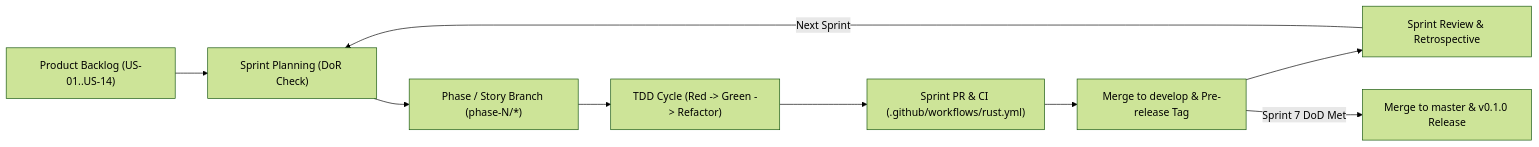
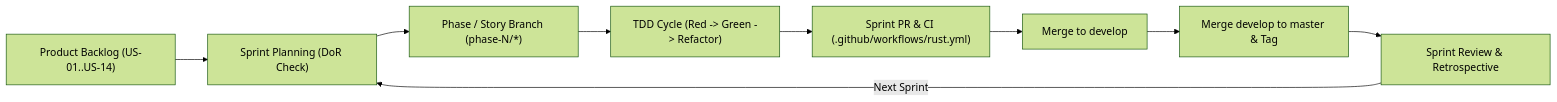
Before and after one commit to Mr-Kumar-Abhishek/speedcoding: the diagram in docs/AGILE-SPRINTS.md, drawn with Mermaid (forest theme). The commit also changed other lines of this file and 3 other files, not shown here.

````diff
--- a/docs/AGILE-SPRINTS.md
+++ b/docs/AGILE-SPRINTS.md
@@ -9,11 +9,11 @@
 ```mermaid
 flowchart LR
     BKL["Product Backlog (US-01..US-14)"] --> PLN["Sprint Planning (DoR Check)"]
     PLN --> BR["Phase / Story Branch (phase-N/*)"]
     BR --> TDD["TDD Cycle (Red -> Green -> Refactor)"]
     TDD --> PR["Sprint PR & CI (.github/workflows/rust.yml)"]
-    PR --> MRG["Merge to develop & Pre-release Tag"]
-    MRG --> RET["Sprint Review & Retrospective"]
+    PR --> MRG["Merge to develop"]
+    MRG --> MST["Merge develop to master & Tag"]
+    MST --> RET["Sprint Review & Retrospective"]
     RET -->|Next Sprint| PLN
-    MRG -->|Sprint 7 DoD Met| REL["Merge to master & v0.1.0 Release"]
 ```
````
